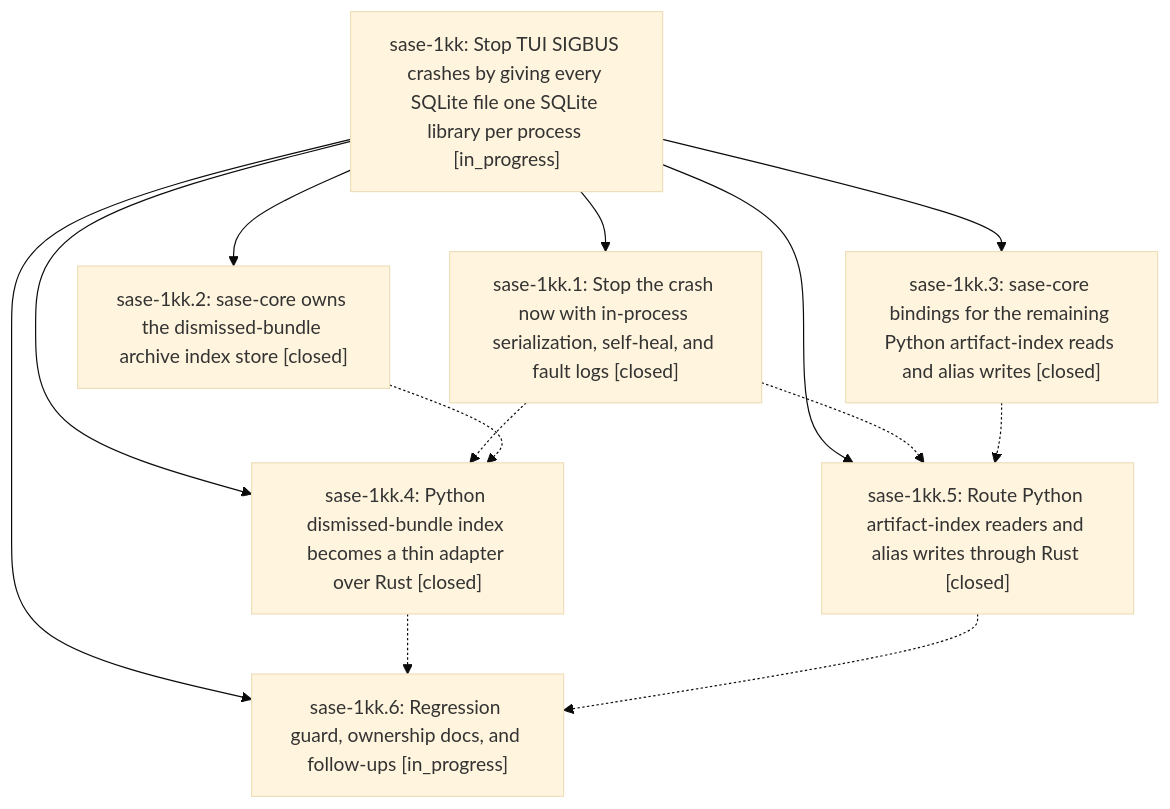
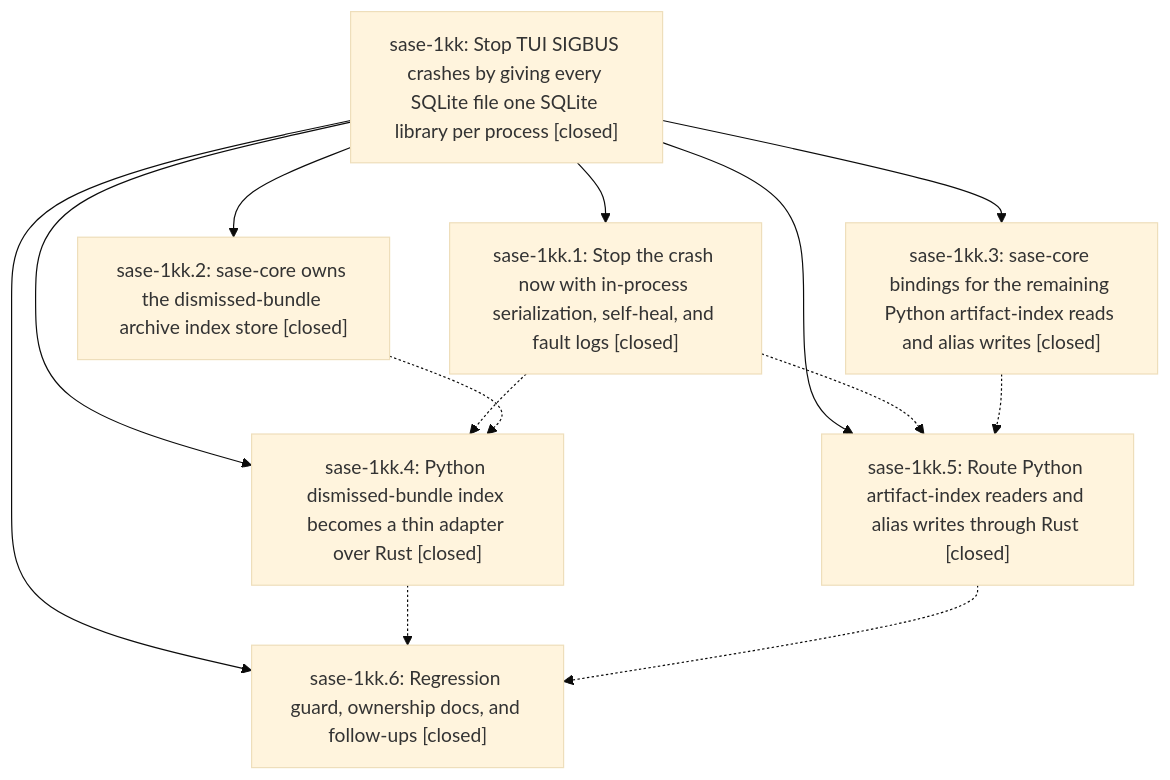
The diagram in pages/sase-1kk/README.md (sase-org/sase--beads), drawn with Mermaid (base theme) before and after one commit. The commit also changed other lines of this file and 3 other files, not shown here.

````diff
--- a/pages/sase-1kk/README.md
+++ b/pages/sase-1kk/README.md
@@ -41,22 +51,22 @@
 ```mermaid
 flowchart TD
-    n0["sase-1kk: Stop TUI SIGBUS crashes by giving every SQLite file one SQLite library per process [in_progress]"]
+    n0["sase-1kk: Stop TUI SIGBUS crashes by giving every SQLite file one SQLite library per process [closed]"]
     n1["sase-1kk.1: Stop the crash now with in-process serialization, self-heal, and fault logs [closed]"]
     n2["sase-1kk.2: sase-core owns the dismissed-bundle archive index store [closed]"]
     n3["sase-1kk.3: sase-core bindings for the remaining Python artifact-index reads and alias writes [closed]"]
     n4["sase-1kk.4: Python dismissed-bundle index becomes a thin adapter over Rust [closed]"]
     n5["sase-1kk.5: Route Python artifact-index readers and alias writes through Rust [closed]"]
-    n6["sase-1kk.6: Regression guard, ownership docs, and follow-ups [in_progress]"]
+    n6["sase-1kk.6: Regression guard, ownership docs, and follow-ups [closed]"]
     n0 --> n1
     n0 --> n2
     n0 --> n3
     n0 --> n4
     n0 --> n5
     n0 --> n6
     n1 -.-> n4
     n1 -.-> n5
     n2 -.-> n4
     n3 -.-> n5
     n4 -.-> n6
     n5 -.-> n6
 ```
````
